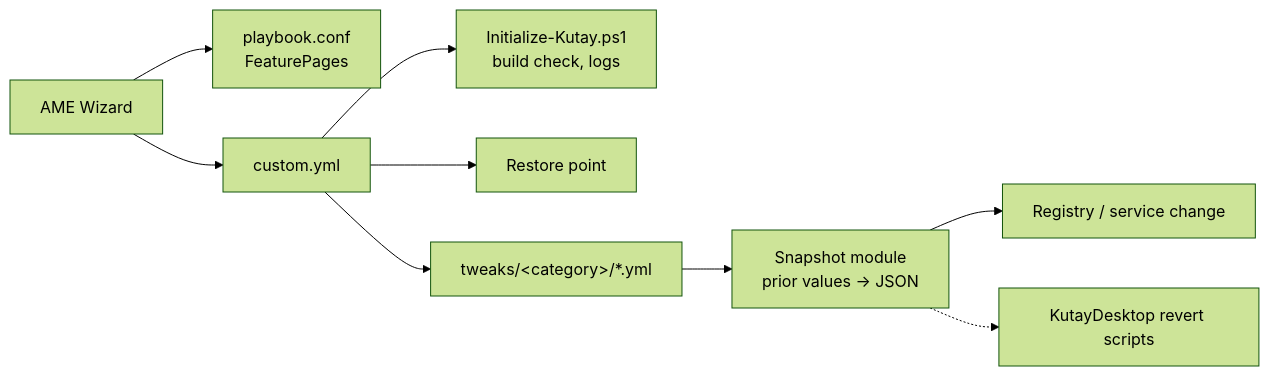
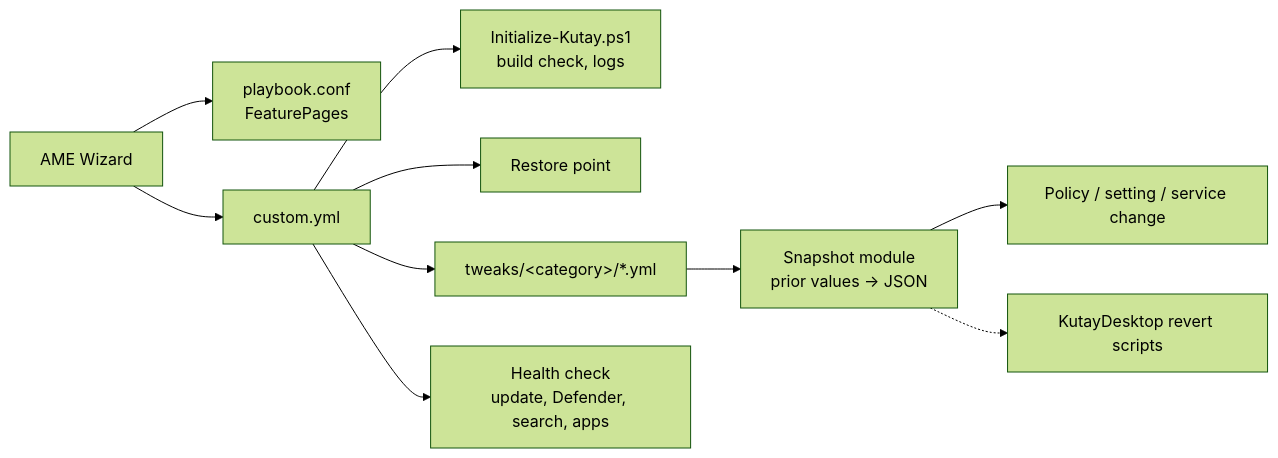
The diagram in docs/PRD.md (kutaykalay/KutayOS), drawn with Mermaid (forest theme) before and after one commit. The commit also changed other lines of this file and 4 other files, not shown here.

````diff
--- a/docs/PRD.md
+++ b/docs/PRD.md
@@ -30,11 +60,12 @@
 ```mermaid
 flowchart LR
   AME[AME Wizard] --> Conf[playbook.conf<br/>FeaturePages]
   AME --> Root[custom.yml]
   Root --> Init[Initialize-Kutay.ps1<br/>build check, logs]
   Root --> RP[Restore point]
   Root --> Tweaks[tweaks/&lt;category&gt;/*.yml]
   Tweaks --> Snap[Snapshot module<br/>prior values -> JSON]
-  Snap --> Change[Registry / service change]
+  Snap --> Change[Policy / setting / service change]
   Snap -.-> Revert[KutayDesktop revert scripts]
+  Root --> Health[Health check<br/>update, Defender, search, apps]
 ```
````
